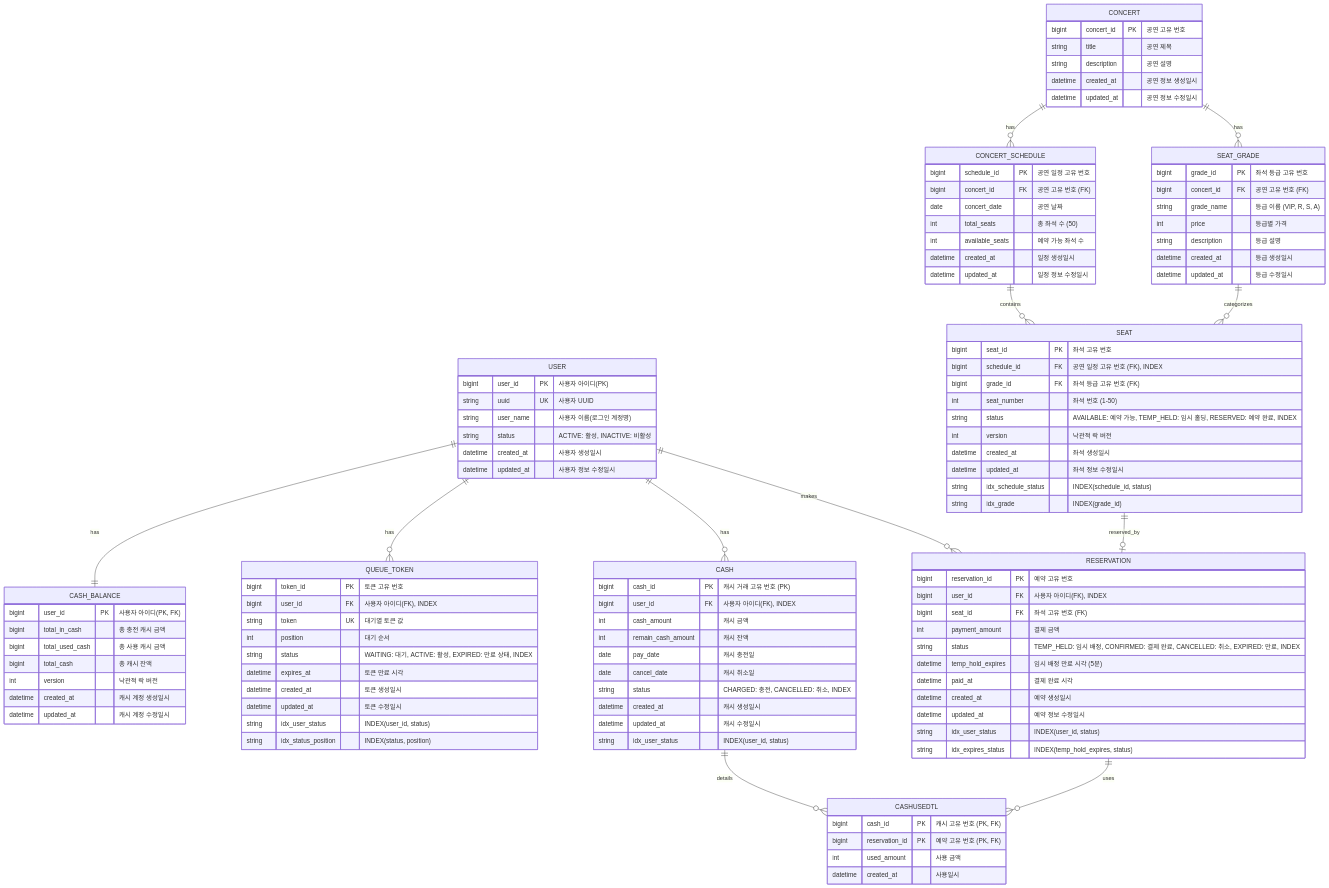
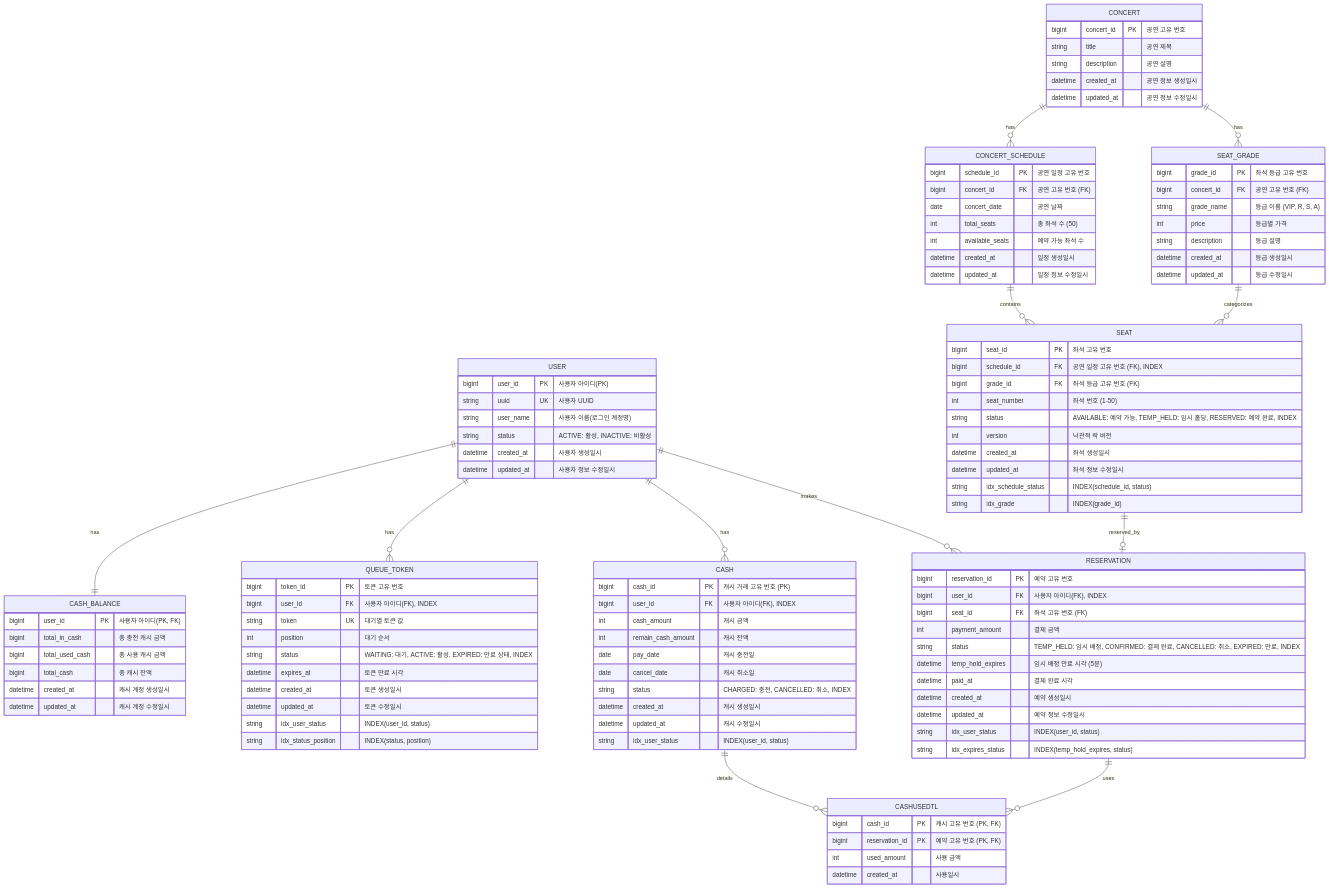
Before and after one commit to tjtjtjtj0123/convert_reservation: the diagram in docs/ER-diagram.md, drawn with Mermaid. The commit also changed 16 other files, not shown here.

```diff
--- a/docs/ER-diagram.md
+++ b/docs/ER-diagram.md
@@ -29,7 +29,6 @@
         bigint total_in_cash "총 충전 캐시 금액"
         bigint total_used_cash "총 사용 캐시 금액"
         bigint total_cash "총 캐시 잔액"
-        int version "낙관적 락 버전"
         datetime created_at "캐시 계정 생성일시"
         datetime updated_at "캐시 계정 수정일시"
     }
```
